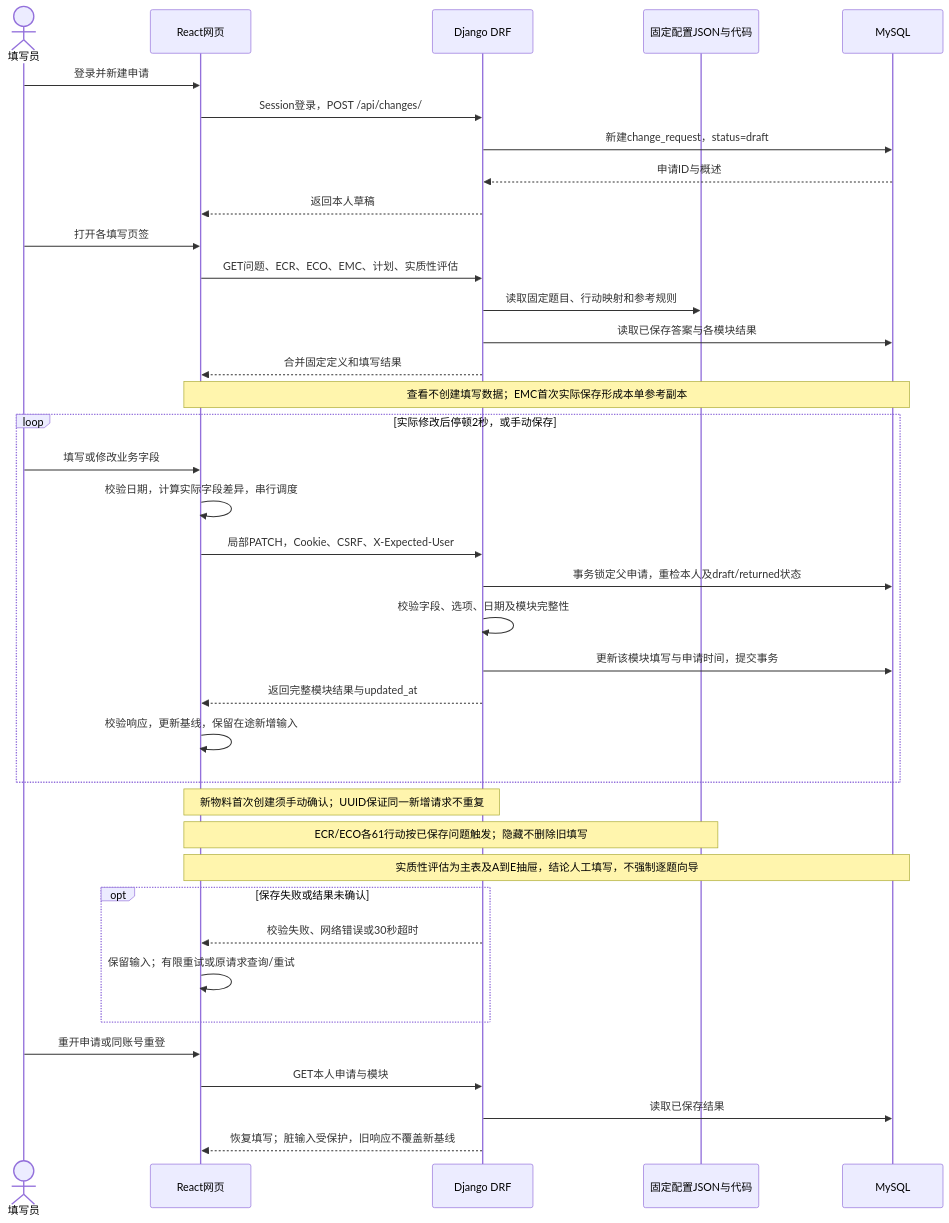
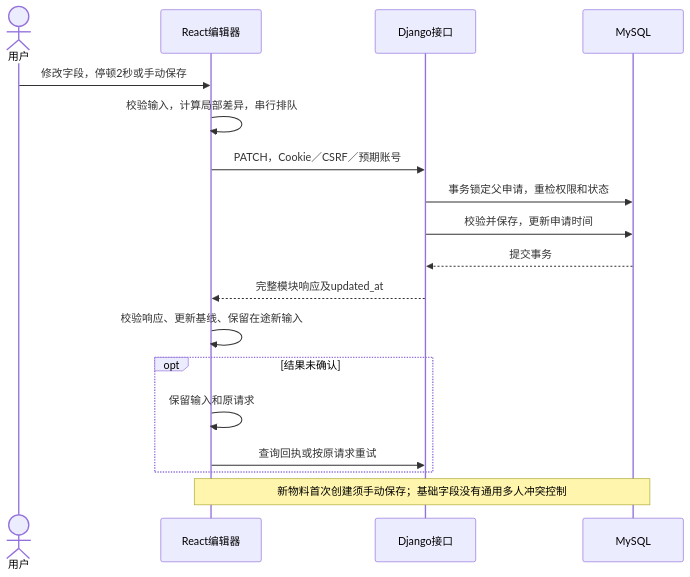
One commit to jack1415926/form-filling-system changed the first of 2 diagrams in docs/design/SEQUENCES-CURRENT.md. Above: the diagram before and after it, drawn with Mermaid. The commit also changed other lines of this file and 112 other files, not shown here.

````diff
--- a/docs/design/SEQUENCES-CURRENT.md
+++ b/docs/design/SEQUENCES-CURRENT.md
@@ -17,40 +7,20 @@
 ```mermaid
 sequenceDiagram
-    actor U as 填写员
-    participant F as React网页
-    participant A as Django DRF
-    participant C as 固定配置JSON与代码
+    actor U as 用户
+    participant F as React编辑器
+    participant A as Django接口
     participant D as MySQL
-    U->>F: 登录并新建申请
-    F->>A: Session登录，POST /api/changes/
-    A->>D: 新建change_request，status=draft
-    D-->>A: 申请ID与概述
-    A-->>F: 返回本人草稿
-    U->>F: 打开各填写页签
-    F->>A: GET问题、ECR、ECO、EMC、计划、实质性评估
-    A->>C: 读取固定题目、行动映射和参考规则
-    A->>D: 读取已保存答案与各模块结果
-    A-->>F: 合并固定定义和填写结果
-    Note over F,D: 查看不创建填写数据；EMC首次实际保存形成本单参考副本
-    loop 实际修改后停顿2秒，或手动保存
-        U->>F: 填写或修改业务字段
-        F->>F: 校验日期，计算实际字段差异，串行调度
-        F->>A: 局部PATCH，Cookie、CSRF、X-Expected-User
-        A->>D: 事务锁定父申请，重检本人及draft/returned状态
-        A->>A: 校验字段、选项、日期及模块完整性
-        A->>D: 更新该模块填写与申请时间，提交事务
-        A-->>F: 返回完整模块结果与updated_at
-        F->>F: 校验响应，更新基线，保留在途新增输入
+    U->>F: 修改字段，停顿2秒或手动保存
+    F->>F: 校验输入，计算局部差异，串行排队
+    F->>A: PATCH，Cookie／CSRF／预期账号
+    A->>D: 事务锁定父申请，重检权限和状态
+    A->>D: 校验并保存，更新申请时间
+    D-->>A: 提交事务
+    A-->>F: 完整模块响应及updated_at
+    F->>F: 校验响应、更新基线、保留在途新输入
+    opt 结果未确认
+        F->>F: 保留输入和原请求
+        F->>A: 查询回执或按原请求重试
     end
-    Note over F,A: 新物料首次创建须手动确认；UUID保证同一新增请求不重复
-    Note over C,F: ECR/ECO各61行动按已保存问题触发；隐藏不删除旧填写
-    Note over F,D: 实质性评估为主表及A到E抽屉，结论人工填写，不强制逐题向导
-    opt 保存失败或结果未确认
-        A-->>F: 校验失败、网络错误或30秒超时
-        F->>F: 保留输入；有限重试或原请求查询/重试
-    end
-    U->>F: 重开申请或同账号重登
-    F->>A: GET本人申请与模块
-    A->>D: 读取已保存结果
-    A-->>F: 恢复填写；脏输入受保护，旧响应不覆盖新基线
+    Note over F,D: 新物料首次创建须手动保存；基础字段没有通用多人冲突控制
 ```
````
